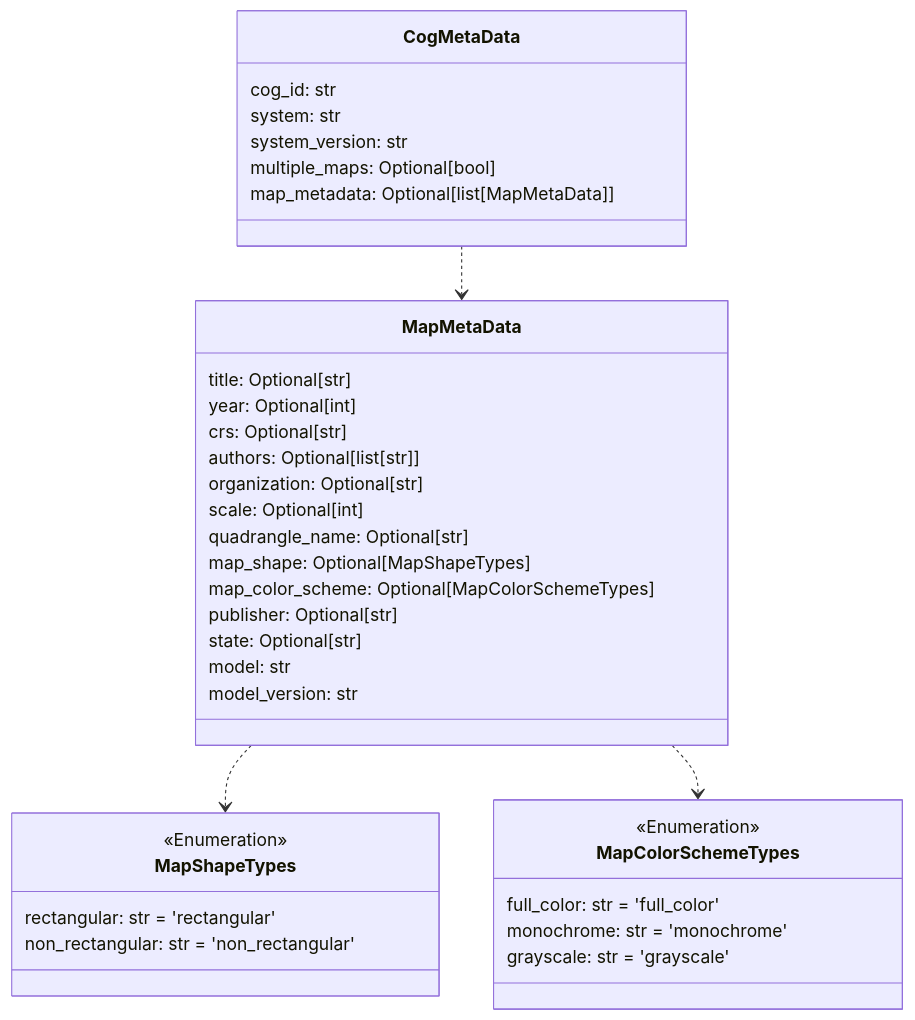
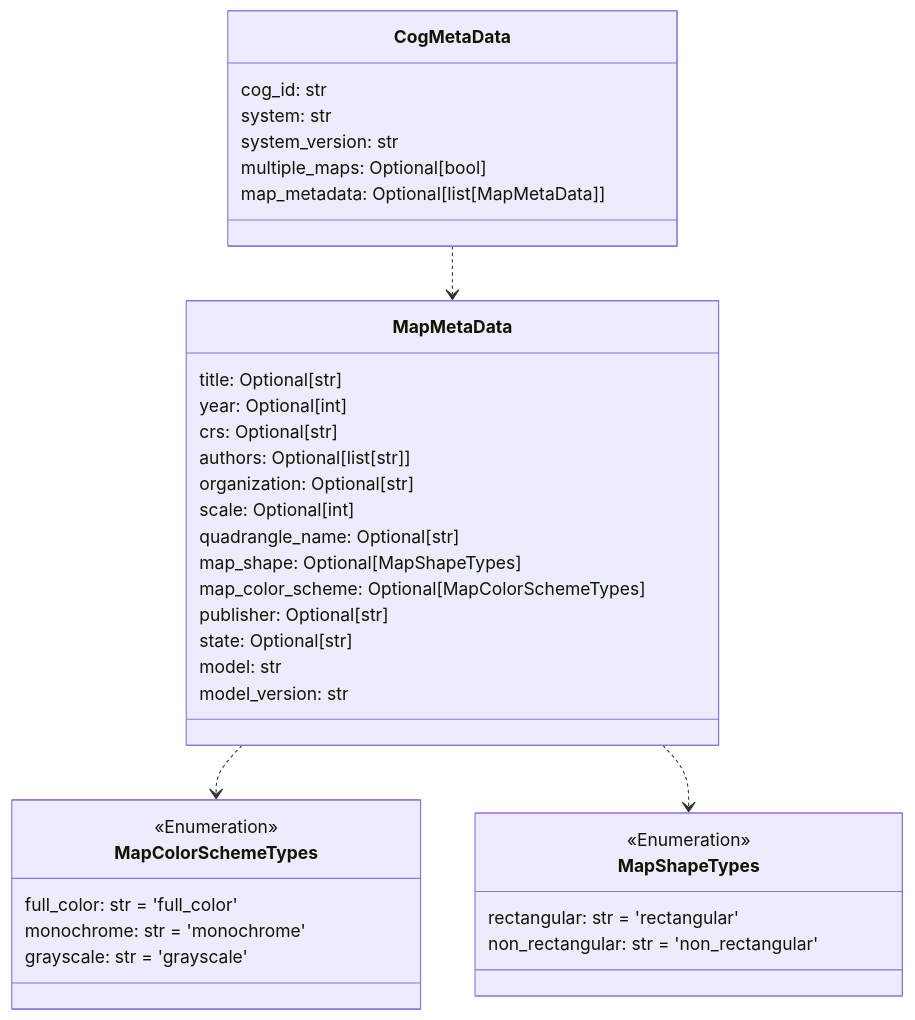
Before and after one commit to UW-xDD/cdr_schemas: the second of 6 diagrams in README.md, drawn with Mermaid. The commit also changed other lines of this file and 5 other files, not shown here.

````diff
--- a/README.md
+++ b/README.md
@@ -134,46 +134,46 @@
 ```mermaid
 classDiagram
 
-    class MapShapeTypes {
-        <<Enumeration>>
-        rectangular: str = 'rectangular'
-        non_rectangular: str = 'non_rectangular'
-    }
-
-    class MapColorSchemeTypes {
-        <<Enumeration>>
-        full_color: str = 'full_color'
-        monochrome: str = 'monochrome'
-        grayscale: str = 'grayscale'
+    class CogMetaData {
+        cog_id: str
+        system: str
+        system_version: str
+        multiple_maps: Optional[bool]
+        map_metadata: Optional[list[MapMetaData]]
     }
 
     class MapMetaData {
         title: Optional[str]
         year: Optional[int]
         crs: Optional[str]
         authors: Optional[list[str]]
         organization: Optional[str]
         scale: Optional[int]
         quadrangle_name: Optional[str]
         map_shape: Optional[MapShapeTypes]
         map_color_scheme: Optional[MapColorSchemeTypes]
         publisher: Optional[str]
         state: Optional[str]
         model: str
         model_version: str
     }
 
-    class CogMetaData {
-        cog_id: str
-        system: str
-        system_version: str
-        multiple_maps: Optional[bool]
-        map_metadata: Optional[list[MapMetaData]]
+    class MapColorSchemeTypes {
+        <<Enumeration>>
+        full_color: str = 'full_color'
+        monochrome: str = 'monochrome'
+        grayscale: str = 'grayscale'
     }
 
+    class MapShapeTypes {
+        <<Enumeration>>
+        rectangular: str = 'rectangular'
+        non_rectangular: str = 'non_rectangular'
+    }
+
+    MapMetaData ..> MapColorSchemeTypes
     MapMetaData ..> MapShapeTypes
-    MapMetaData ..> MapColorSchemeTypes
     CogMetaData ..> MapMetaData
 
 
 ```
````
